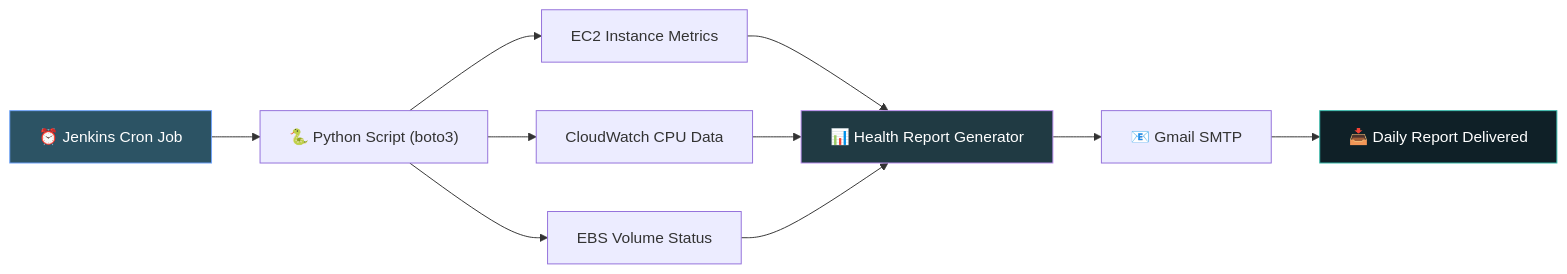
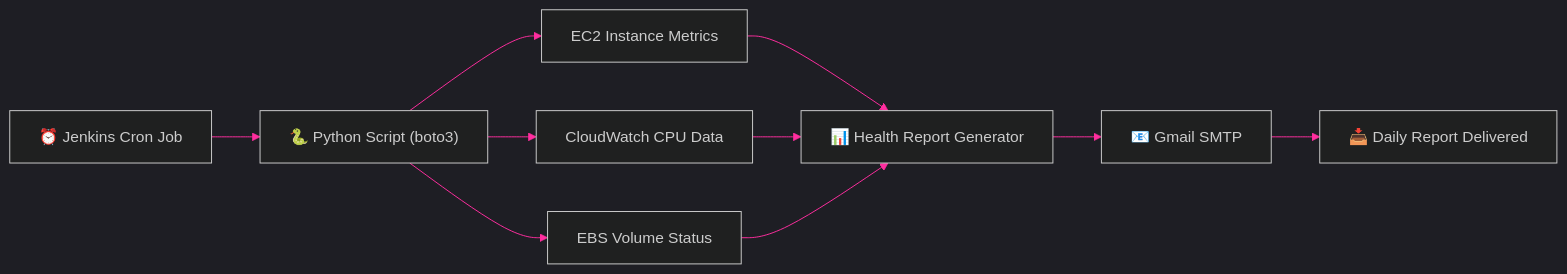
Before and after one commit to jagadeepkg/jagadeepkg: the first of 2 diagrams in README.md, drawn with Mermaid. The commit also changed other lines of this file, not shown here.

````diff
--- a/README.md
+++ b/README.md
@@ -75,16 +75,13 @@
 ```mermaid
+%%{init: {'theme':'dark', 'themeVariables': { 'background': '#000000', 'primaryColor': '#0a0a0a', 'primaryTextColor': '#00F5FF', 'primaryBorderColor': '#00F5FF', 'lineColor': '#FF2E9F'}}}%%
 flowchart LR
     A["⏰ Jenkins Cron Job"] --> B["🐍 Python Script (boto3)"]
     B --> C["EC2 Instance Metrics"]
     B --> D["CloudWatch CPU Data"]
     B --> E["EBS Volume Status"]
     C --> F["📊 Health Report Generator"]
     D --> F
     E --> F
     F --> G["📧 Gmail SMTP"]
     G --> H["📥 Daily Report Delivered"]
-
-    style A fill:#2c5364,stroke:#70A5FD,color:#fff
-    style F fill:#203a43,stroke:#BF91F3,color:#fff
-    style H fill:#0f2027,stroke:#38BDAE,color:#fff
 ```
````
